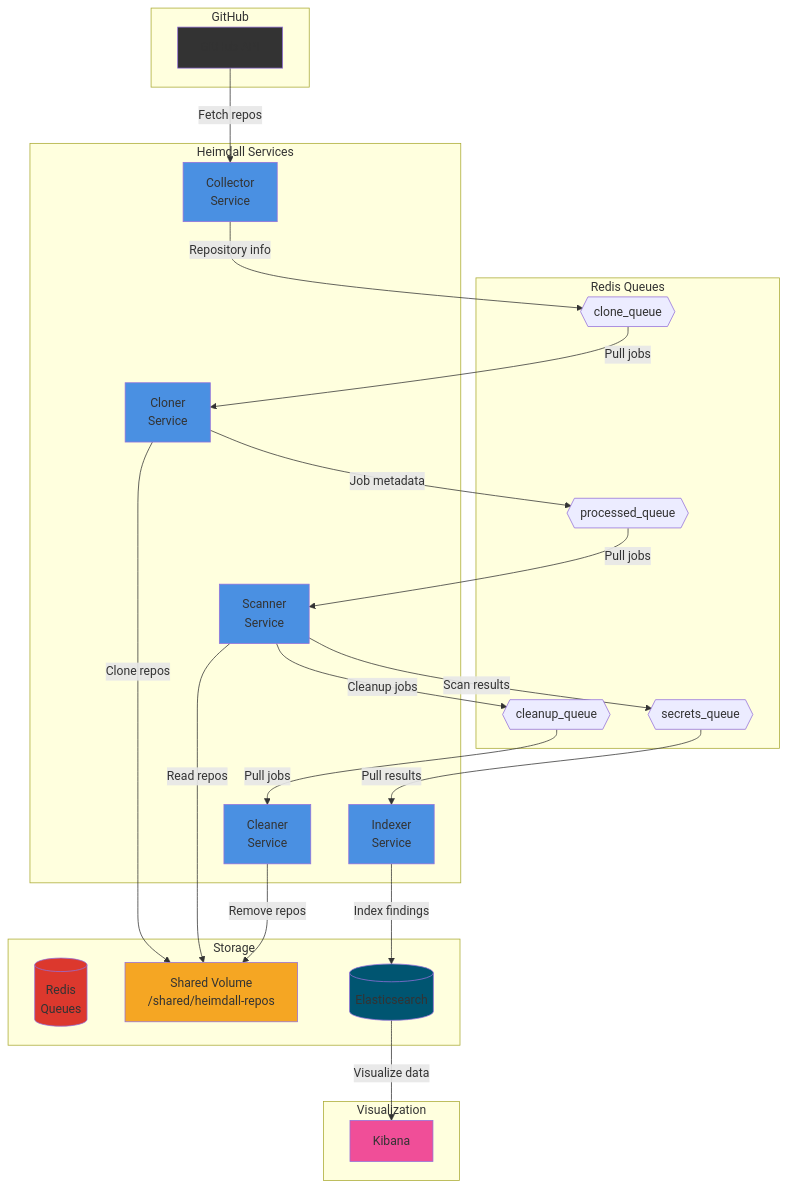
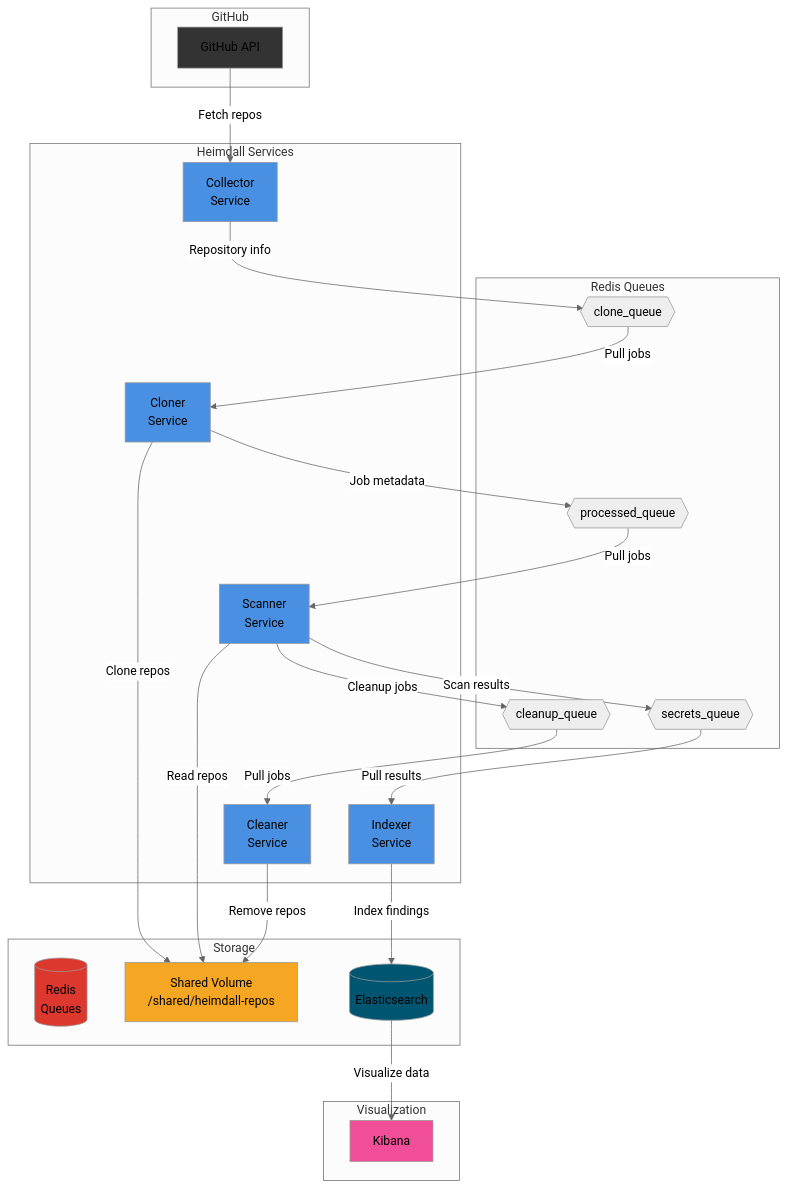
The diagram in README.md (klimeurt/heimdall), drawn with Mermaid before and after one commit.

Commit message:
Mermaid theme changed

````diff
--- a/README.md
+++ b/README.md
@@ -14,57 +14,61 @@
 ```mermaid
+---
+config:
+  theme: 'neutral'
+---
 graph TB
     subgraph "GitHub"
         GH[GitHub API]
     end
     
     subgraph "Heimdall Services"
         COL[Collector<br/>Service]
         CLO[Cloner<br/>Service]
         SCA[Scanner<br/>Service]
         CLE[Cleaner<br/>Service]
         IDX[Indexer<br/>Service]
     end
     
     subgraph "Storage"
         R[(Redis<br/>Queues)]
         SV[Shared Volume<br/>/shared/heimdall-repos]
         ES[(Elasticsearch)]
     end
     
     subgraph "Visualization"
         KB[Kibana]
     end
     
     subgraph "Redis Queues"
         Q1{{clone_queue}}
         Q2{{processed_queue}}
         Q3{{secrets_queue}}
         Q4{{cleanup_queue}}
     end
     
     GH -->|Fetch repos| COL
     COL -->|Repository info| Q1
     Q1 -->|Pull jobs| CLO
     CLO -->|Clone repos| SV
     CLO -->|Job metadata| Q2
     Q2 -->|Pull jobs| SCA
     SCA -->|Read repos| SV
     SCA -->|Scan results| Q3
     SCA -->|Cleanup jobs| Q4
     Q3 -->|Pull results| IDX
     Q4 -->|Pull jobs| CLE
     CLE -->|Remove repos| SV
     IDX -->|Index findings| ES
     ES -->|Visualize data| KB
     
     style COL fill:#4A90E2
     style CLO fill:#4A90E2
     style SCA fill:#4A90E2
     style CLE fill:#4A90E2
     style IDX fill:#4A90E2
     style R fill:#DC382D
     style SV fill:#F5A623
     style ES fill:#005571
     style GH fill:#333
     style KB fill:#F04E98
 ```
````
